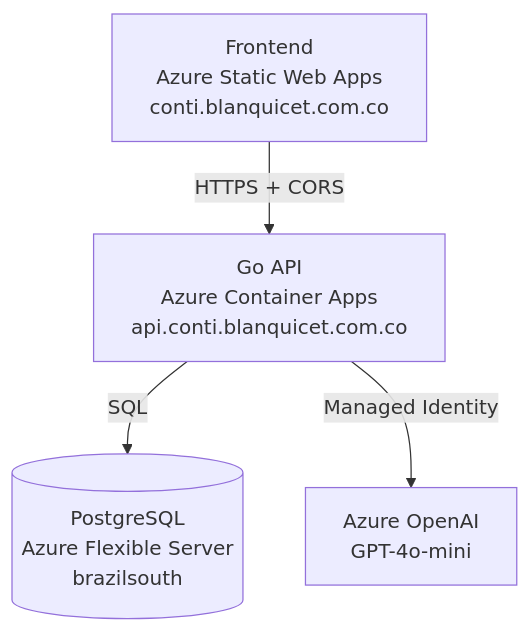
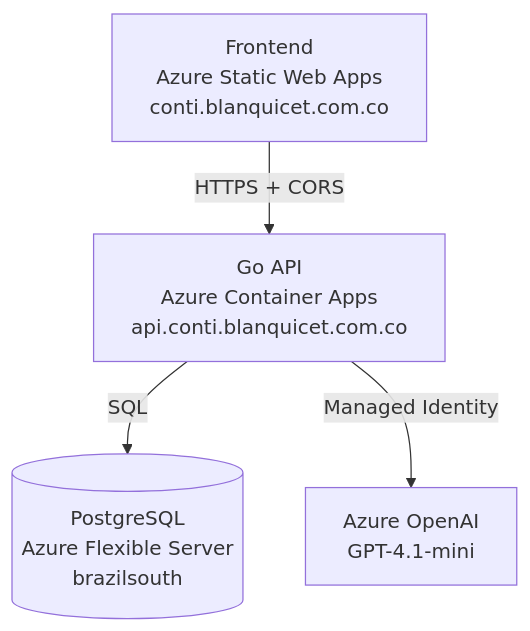
One commit to blanquicet/gastos changed the diagram in README.md. Above: the diagram before and after it, drawn with Mermaid. The commit also changed other lines of this file and 7 other files, not shown here.

Commit message:
Update from gpt-4o-mini a gpt-4.1-mini

````diff
--- a/README.md
+++ b/README.md
@@ -20,6 +20,6 @@
 ```mermaid
 graph TD
     A[Frontend<br/>Azure Static Web Apps<br/>conti.blanquicet.com.co] -->|HTTPS + CORS| B[Go API<br/>Azure Container Apps<br/>api.conti.blanquicet.com.co]
     B -->|SQL| C[(PostgreSQL<br/>Azure Flexible Server<br/>brazilsouth)]
-    B -->|Managed Identity| D[Azure OpenAI<br/>GPT-4o-mini]
+    B -->|Managed Identity| D[Azure OpenAI<br/>GPT-4.1-mini]
 ```
````
